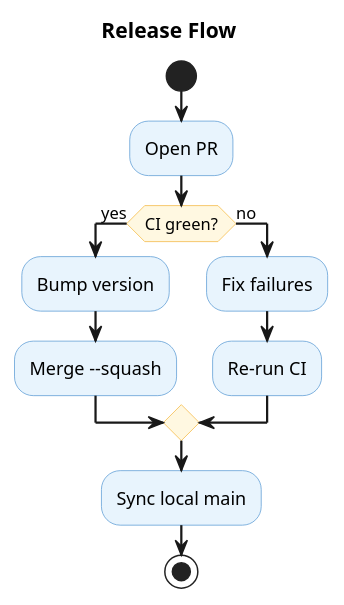
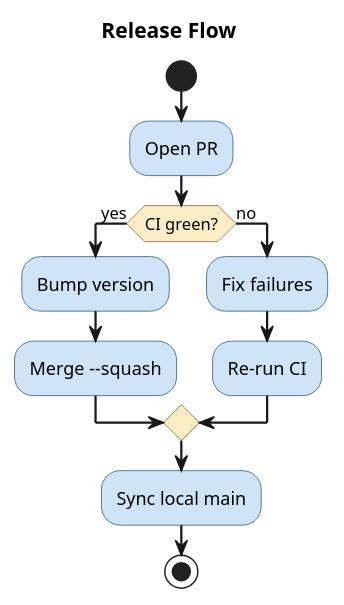
Before and after one commit to artem-from-ua/claude-plugins: the first of 2 diagrams in plugins/plantuml/skills/plantuml-diagram-guide/references/styling.md, drawn with PlantUML. The commit also changed other lines of this file and 7 other files, not shown here.

First line of the commit message:
feat(plantuml): style legends with skinparams, darken palette fills (#412)

````diff
--- a/plugins/plantuml/skills/plantuml-diagram-guide/references/styling.md
+++ b/plugins/plantuml/skills/plantuml-diagram-guide/references/styling.md
@@ -21,22 +21,22 @@
 ```plantuml
 @startuml
 title Release Flow
 skinparam ArrowThickness 1.5
-skinparam ActivityBackgroundColor #E8F4FD
-skinparam ActivityBorderColor #5B9BD5
-skinparam ActivityDiamondBackgroundColor #FFF8E1
-skinparam ActivityDiamondBorderColor #F4B942
+skinparam ActivityBackgroundColor #CFE4F6
+skinparam ActivityBorderColor #25557E
+skinparam ActivityDiamondBackgroundColor #FDEDC4
+skinparam ActivityDiamondBorderColor #7E6525
 
 start
 :Open PR;
 if (CI green?) then (yes)
   :Bump version;
   :Merge --squash;
 else (no)
   :Fix failures;
   :Re-run CI;
 endif
 :Sync local main;
 stop
 @enduml
 ```
````
